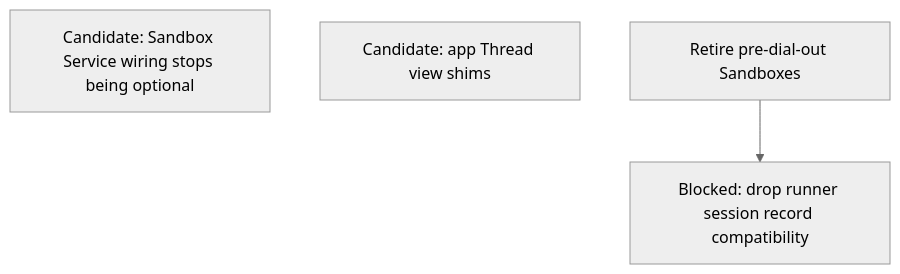
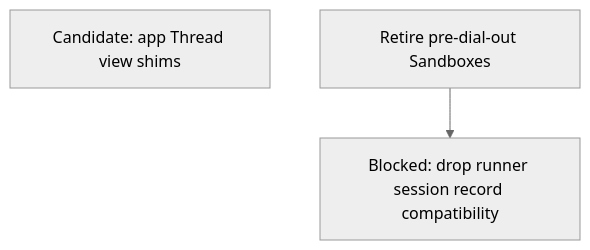
Diagram 11 of 11 in agentplane/plans/task_dag.md (agentydragon-agent/ducktape), drawn with Mermaid (neutral theme) before and after one commit. The commit also changed other lines of this file and 21 other files, not shown here.

First line of the commit message:
agentplane: require Sandbox Service stores and database URLs (#9830)

````diff
--- a/agentplane/plans/task_dag.md
+++ b/agentplane/plans/task_dag.md
@@ -866,8 +866,7 @@
 ```mermaid
 flowchart TD
-    SANDBOX_SERVICE_RESOURCES_REQUIRED[Candidate: Sandbox Service wiring stops being optional]
     APP_THREAD_VIEW_CLEANUP[Candidate: app Thread view shims]
     RUNNER_SESSION_RECORD_SHIMS[Blocked: drop runner session record compatibility]
     LEGACY_SANDBOX_RETIRE[Retire pre-dial-out Sandboxes]
     LEGACY_SANDBOX_RETIRE --> RUNNER_SESSION_RECORD_SHIMS
 ```
````
